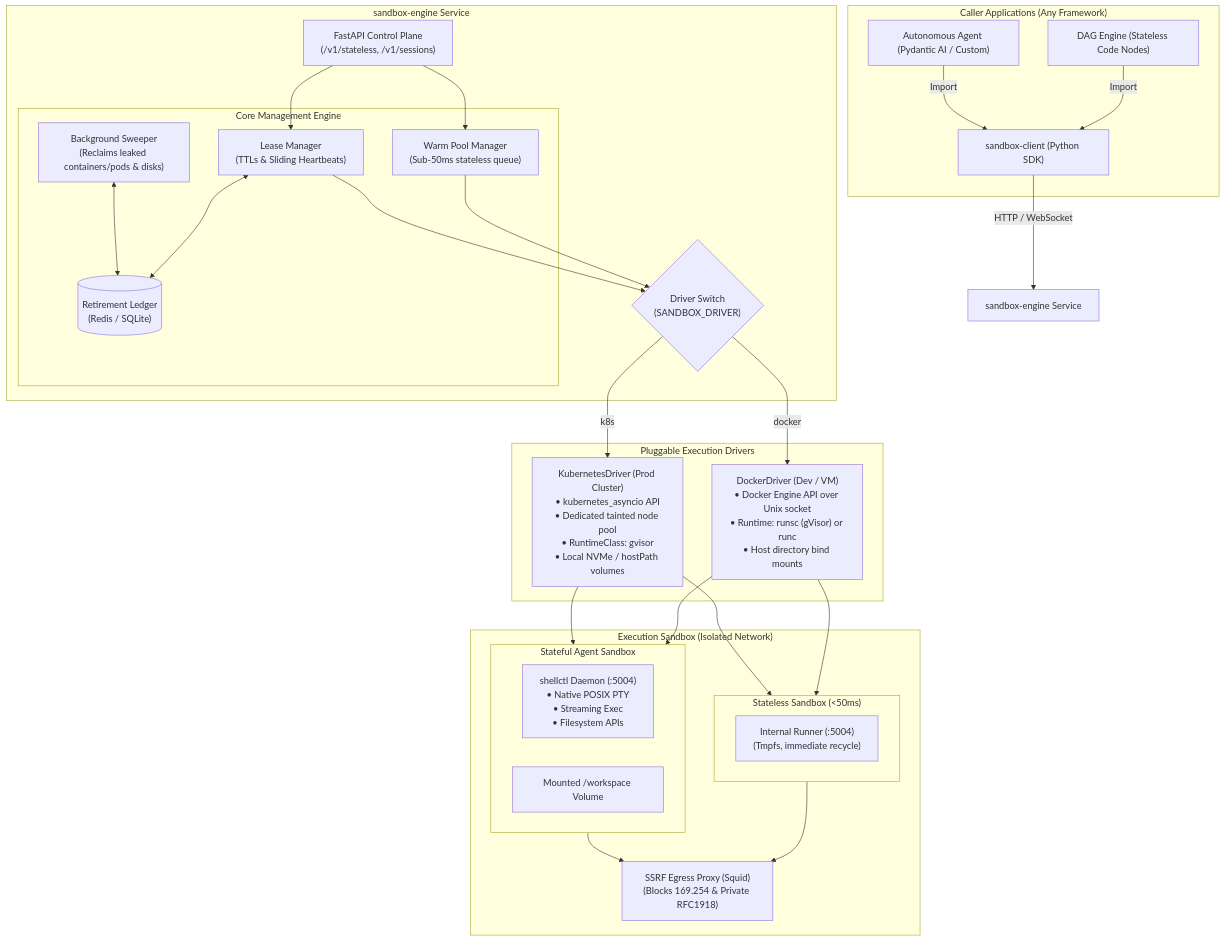
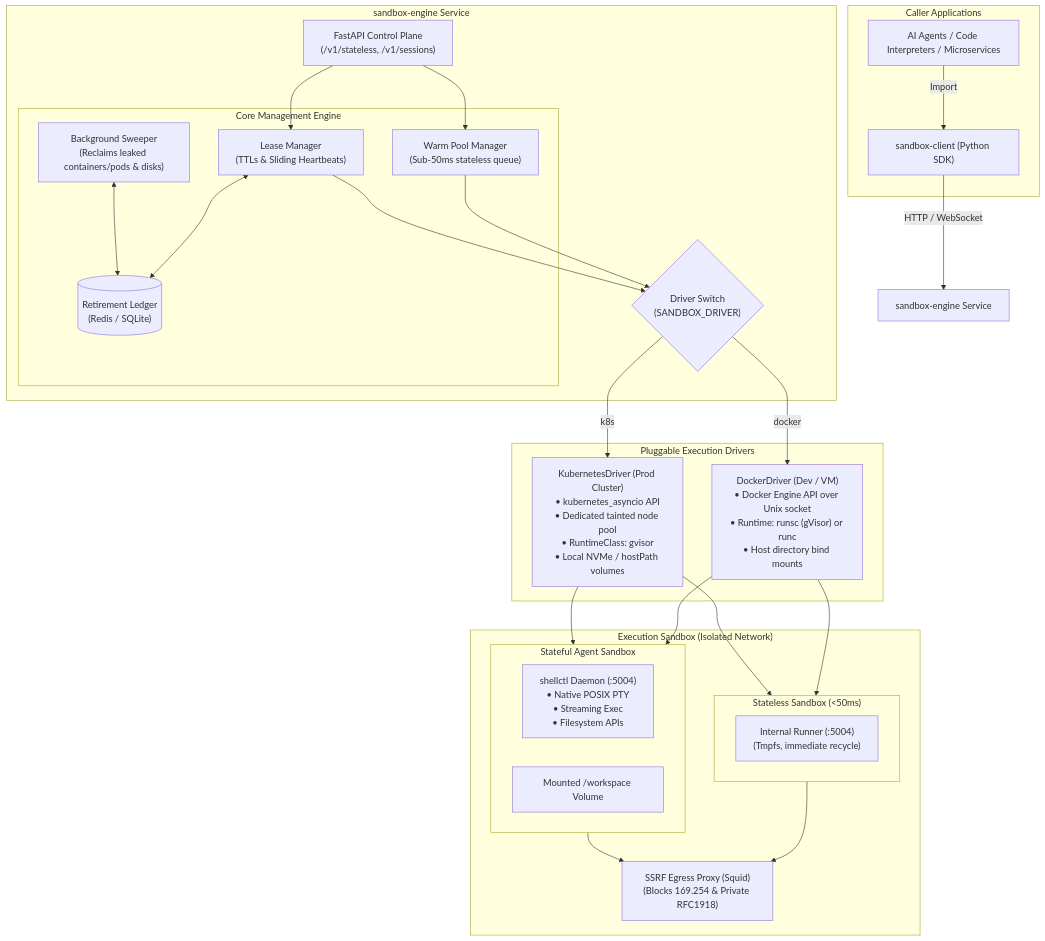
Before and after one commit to rt134/sandbox-execution-system: the diagram in product-details.md, drawn with Mermaid. The commit also changed other lines of this file and 4 other files, not shown here.

Commit message:
docs: remove specific DAG references and generalize to production sandbox execution

````diff
--- a/product-details.md
+++ b/product-details.md
@@ -17,58 +17,57 @@
 ```mermaid
 flowchart TD
-    subgraph CallerApps["Caller Applications (Any Framework)"]
-        DAG["DAG Engine (Stateless Code Nodes)"] -->|Import| Client["sandbox-client (Python SDK)"]
-        Agent["Autonomous Agent (Pydantic AI / Custom)"] -->|Import| Client
+    subgraph CallerApps["Caller Applications"]
+        App["AI Agents / Code Interpreters / Microservices"] -->|Import| Client["sandbox-client (Python SDK)"]
     end
 
     Client -->|HTTP / WebSocket| Service["sandbox-engine Service"]
 
     subgraph SandboxEngine["sandbox-engine Service"]
         API["FastAPI Control Plane\n(/v1/stateless, /v1/sessions)"]
         
         subgraph Core["Core Management Engine"]
             WarmPool["Warm Pool Manager\n(Sub-50ms stateless queue)"]
             LeaseMgr["Lease Manager\n(TTLs & Sliding Heartbeats)"]
             Sweeper["Background Sweeper\n(Reclaims leaked containers/pods & disks)"]
             Ledger[("Retirement Ledger\n(Redis / SQLite)")]
         end
         
         DriverSwitch{"Driver Switch\n(SANDBOX_DRIVER)"}
         
         API --> WarmPool
         API --> LeaseMgr
         LeaseMgr <--> Ledger
         Sweeper <--> Ledger
         
         WarmPool --> DriverSwitch
         LeaseMgr --> DriverSwitch
     end
 
     subgraph Drivers["Pluggable Execution Drivers"]
         DockerDriver["DockerDriver (Dev / VM)\n• Docker Engine API over Unix socket\n• Runtime: runsc (gVisor) or runc\n• Host directory bind mounts"]
         K8sDriver["KubernetesDriver (Prod Cluster)\n• kubernetes_asyncio API\n• Dedicated tainted node pool\n• RuntimeClass: gvisor\n• Local NVMe / hostPath volumes"]
     end
 
     DriverSwitch -->|docker| DockerDriver
     DriverSwitch -->|k8s| K8sDriver
 
     subgraph HostIsolation["Execution Sandbox (Isolated Network)"]
         Proxy["SSRF Egress Proxy (Squid)\n(Blocks 169.254 & Private RFC1918)"]
         
         subgraph StatelessBox["Stateless Sandbox (<50ms)"]
             FastRunner["Internal Runner (:5004)\n(Tmpfs, immediate recycle)"]
         end
         
         subgraph StatefulBox["Stateful Agent Sandbox"]
             ShellCtl["shellctl Daemon (:5004)\n• Native POSIX PTY\n• Streaming Exec\n• Filesystem APIs"]
             Workspace["Mounted /workspace Volume"]
         end
     end
 
     DockerDriver --> StatelessBox
     DockerDriver --> StatefulBox
     K8sDriver --> StatelessBox
     K8sDriver --> StatefulBox
     StatelessBox --> Proxy
     StatefulBox --> Proxy
 ```
````
